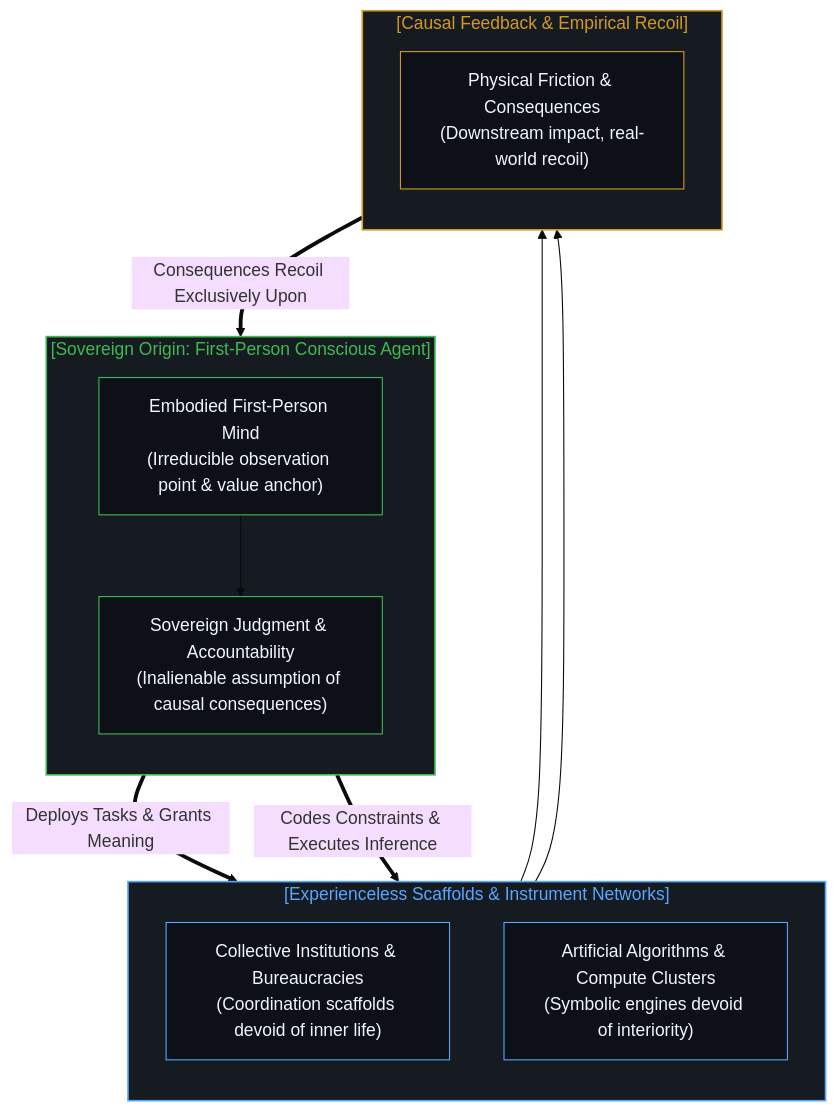
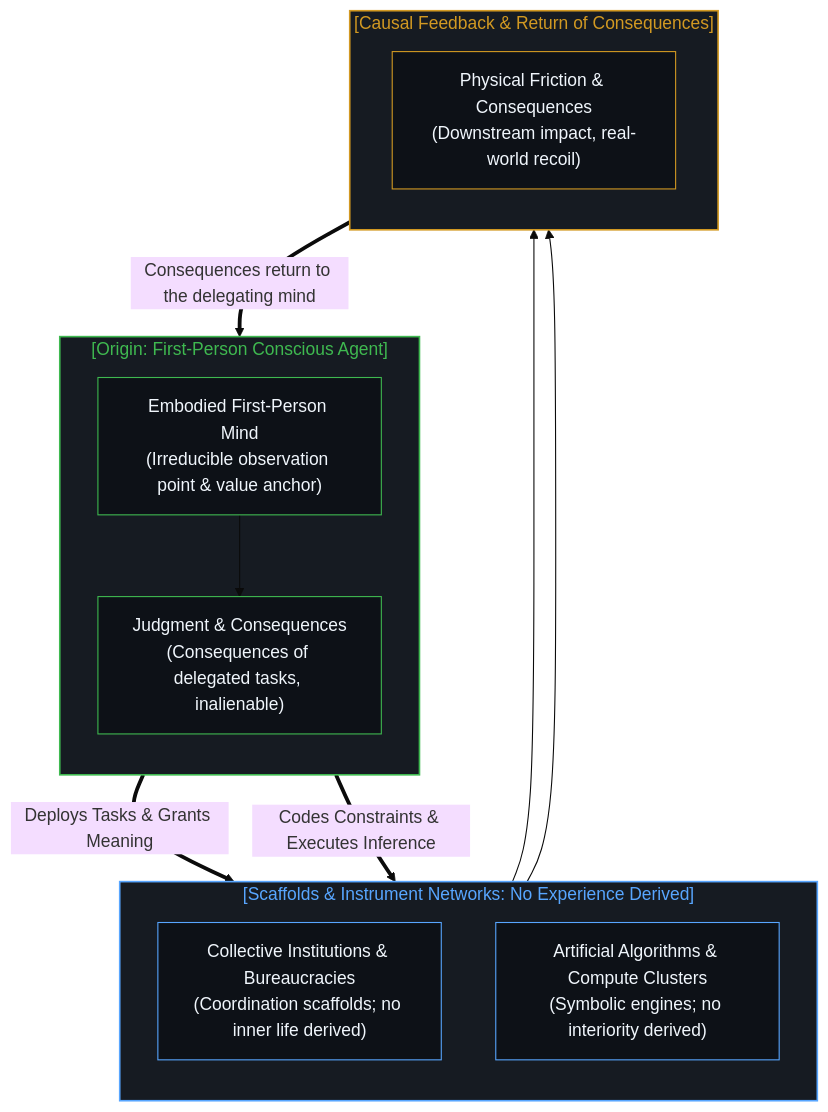
One commit to powerpig99/not-a-toe changed the tenth of 10 diagrams in content/posts/subtracting-consciousness-at-the-source.md. Above: the diagram before and after it, drawn with Mermaid (base theme). The commit also changed other lines of this file and 2 other files, not shown here.

````diff
--- a/content/posts/subtracting-consciousness-at-the-source.md
+++ b/content/posts/subtracting-consciousness-at-the-source.md
@@ -297,33 +297,33 @@
 ```mermaid
 graph TD
-    subgraph S_SovereignOrigin_EN["[Sovereign Origin: First-Person Conscious Agent]"]
+    subgraph S_SovereignOrigin_EN["[Origin: First-Person Conscious Agent]"]
         direction TB
-        SOE1["Embodied First-Person Mind<br/>(Irreducible observation point & value anchor)"] --> SOE2["Sovereign Judgment & Accountability<br/>(Inalienable assumption of causal consequences)"]
+        SOE1["Embodied First-Person Mind<br/>(Irreducible observation point & value anchor)"] --> SOE2["Judgment & Consequences<br/>(Consequences of delegated tasks, inalienable)"]
     end
 
-    subgraph S_InstrumentNetwork_EN["[Experienceless Scaffolds & Instrument Networks]"]
+    subgraph S_InstrumentNetwork_EN["[Scaffolds & Instrument Networks: No Experience Derived]"]
         direction TB
-        INE1["Collective Institutions & Bureaucracies<br/>(Coordination scaffolds devoid of inner life)"]
-        INE2["Artificial Algorithms & Compute Clusters<br/>(Symbolic engines devoid of interiority)"]
+        INE1["Collective Institutions & Bureaucracies<br/>(Coordination scaffolds; no inner life derived)"]
+        INE2["Artificial Algorithms & Compute Clusters<br/>(Symbolic engines; no interiority derived)"]
     end
 
-    subgraph S_FeedbackLoop_EN["[Causal Feedback & Empirical Recoil]"]
+    subgraph S_FeedbackLoop_EN["[Causal Feedback & Return of Consequences]"]
         direction TB
         FLE1["Physical Friction & Consequences<br/>(Downstream impact, real-world recoil)"]
     end
 
     SOE1 ==>|"Deploys Tasks & Grants Meaning"| INE1
     SOE1 ==>|"Codes Constraints & Executes Inference"| INE2
     INE1 --> FLE1
     INE2 --> FLE1
-    FLE1 ==>|"Consequences Recoil Exclusively Upon"| SOE2
+    FLE1 ==>|"Consequences return to the delegating mind"| SOE2
 
     style S_SovereignOrigin_EN fill:#161b22,stroke:#3fb950,stroke-width:1.5px,color:#3fb950
     style S_InstrumentNetwork_EN fill:#161b22,stroke:#58a6ff,stroke-width:1.5px,color:#58a6ff
     style S_FeedbackLoop_EN fill:#161b22,stroke:#d29922,stroke-width:1.5px,color:#d29922
     style SOE1 fill:#0d1117,stroke:#3fb950,stroke-width:1px,color:#f0f6fc
     style SOE2 fill:#0d1117,stroke:#3fb950,stroke-width:1px,color:#f0f6fc
     style INE1 fill:#0d1117,stroke:#58a6ff,stroke-width:1px,color:#f0f6fc
     style INE2 fill:#0d1117,stroke:#58a6ff,stroke-width:1px,color:#f0f6fc
     style FLE1 fill:#0d1117,stroke:#d29922,stroke-width:1px,color:#f0f6fc
 ```
````
